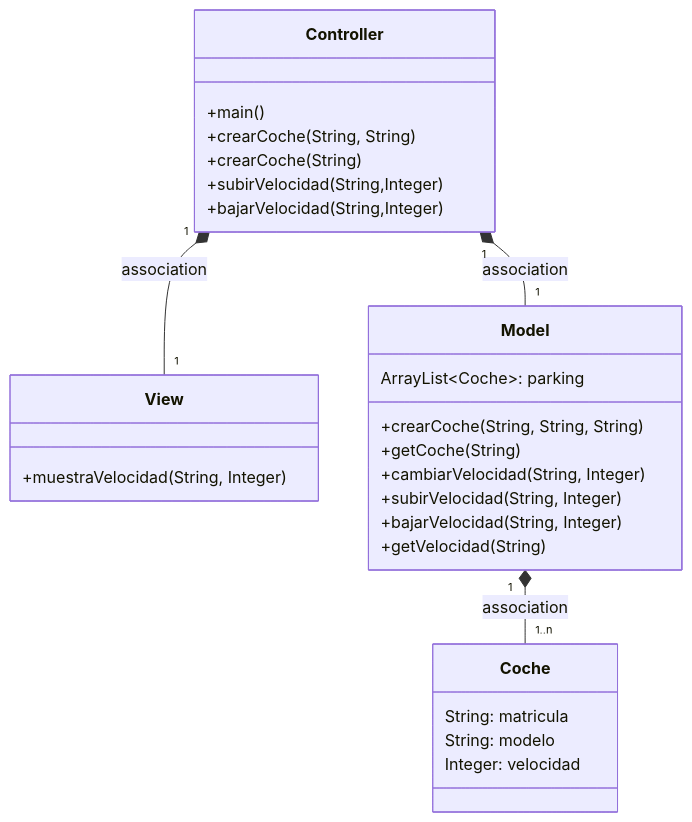
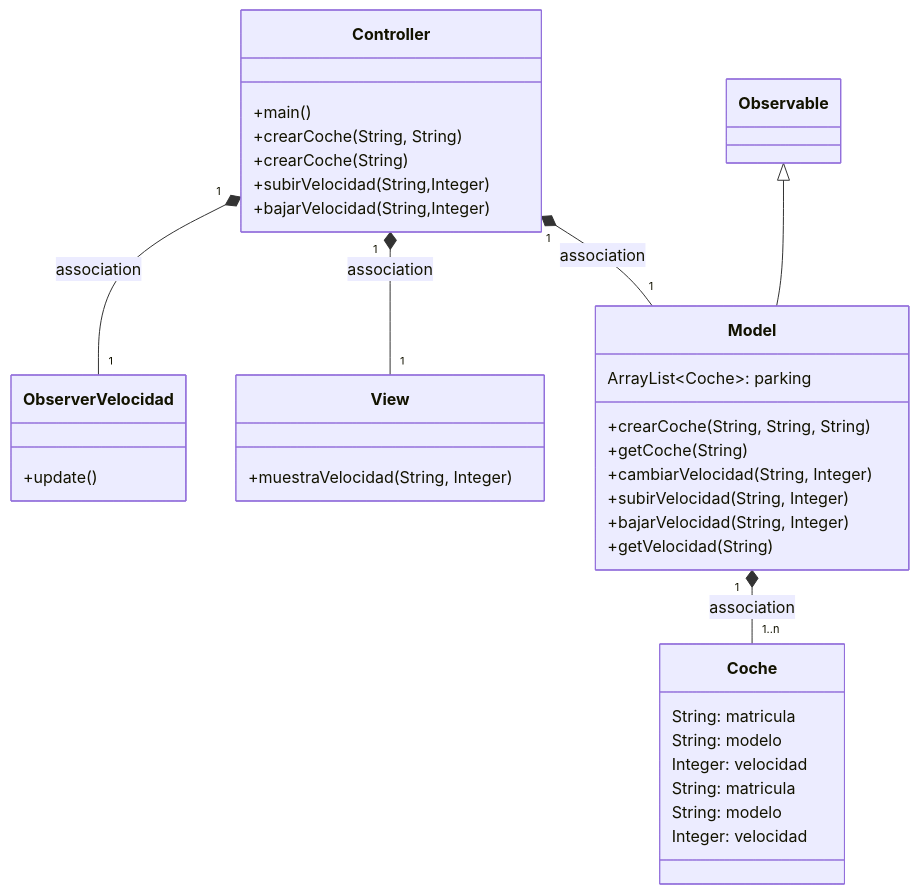
One commit to LONOAL/MVC_coches_LONOAL changed the first of 3 diagrams in Readme.md. Above: the diagram before and after it, drawn with Mermaid. The commit also changed other lines of this file, not shown here.

Commit message:
Readme act with observer

````diff
--- a/Readme.md
+++ b/Readme.md
@@ -8,29 +14,42 @@
 ```mermaid
 classDiagram
+    class ObserverVelocidad {
+        +update()
+    }
+    class Observable {
+    }
+    class Coche {
+        String: matricula
+        String: modelo
+        Integer: velocidad
+    }
     class Coche {
         String: matricula
         String: modelo
         Integer: velocidad
     }
       class Controller{
           +main()
           +crearCoche(String, String)
           +crearCoche(String)
           +subirVelocidad(String,Integer)
           +bajarVelocidad(String,Integer)
       }
       class View {+muestraVelocidad(String, Integer)}
       class Model {
           ArrayList~Coche~: parking
           +crearCoche(String, String, String)
           +getCoche(String)
           +cambiarVelocidad(String, Integer)
           +subirVelocidad(String, Integer)
           +bajarVelocidad(String, Integer)
           +getVelocidad(String)
       }
+
     Controller "1" *-- "1" Model : association
     Controller "1" *-- "1" View : association
     Model "1" *-- "1..n" Coche : association
+    Observable <|-- Model
+    Controller "1" *-- "1" ObserverVelocidad: association
       
 ```
````
